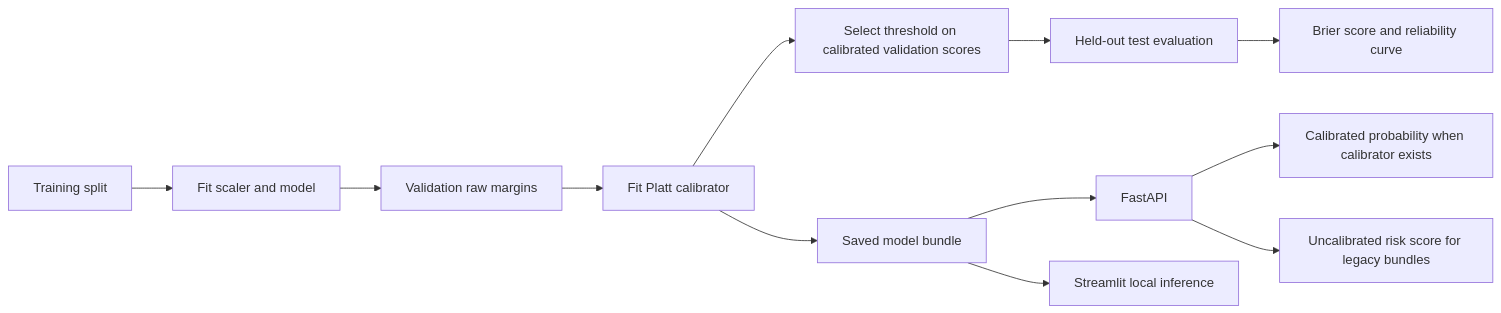
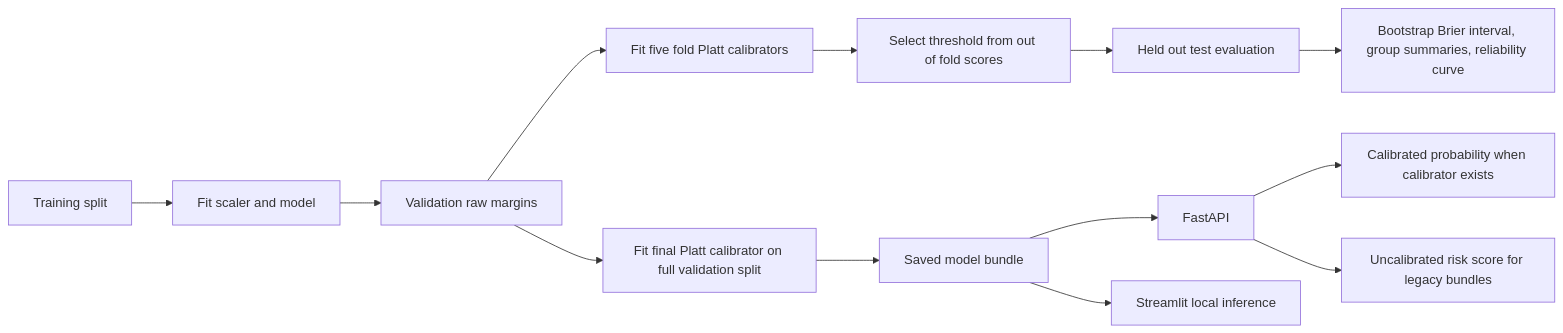
One commit to Saumya-Mishra-536/FraudShield_AI changed the second of 2 diagrams in README.md. Above: the diagram before and after it, drawn with Mermaid. The commit also changed other lines of this file and 14 other files, not shown here.

````diff
--- a/README.md
+++ b/README.md
@@ -56,14 +57,15 @@
 ```mermaid
 flowchart LR
     A[Training split] --> B[Fit scaler and model]
     B --> C[Validation raw margins]
-    C --> D[Fit Platt calibrator]
-    D --> E[Select threshold on calibrated validation scores]
-    E --> F[Held-out test evaluation]
-    F --> G[Brier score and reliability curve]
-    D --> H[Saved model bundle]
-    H --> I[FastAPI]
-    H --> J[Streamlit local inference]
-    I --> K[Calibrated probability when calibrator exists]
-    I --> L[Uncalibrated risk score for legacy bundles]
+    C --> D[Fit five fold Platt calibrators]
+    D --> E[Select threshold from out of fold scores]
+    C --> F[Fit final Platt calibrator on full validation split]
+    E --> G[Held out test evaluation]
+    G --> H[Bootstrap Brier interval, group summaries, reliability curve]
+    F --> I[Saved model bundle]
+    I --> J[FastAPI]
+    I --> K[Streamlit local inference]
+    J --> L[Calibrated probability when calibrator exists]
+    J --> M[Uncalibrated risk score for legacy bundles]
 ```
````
